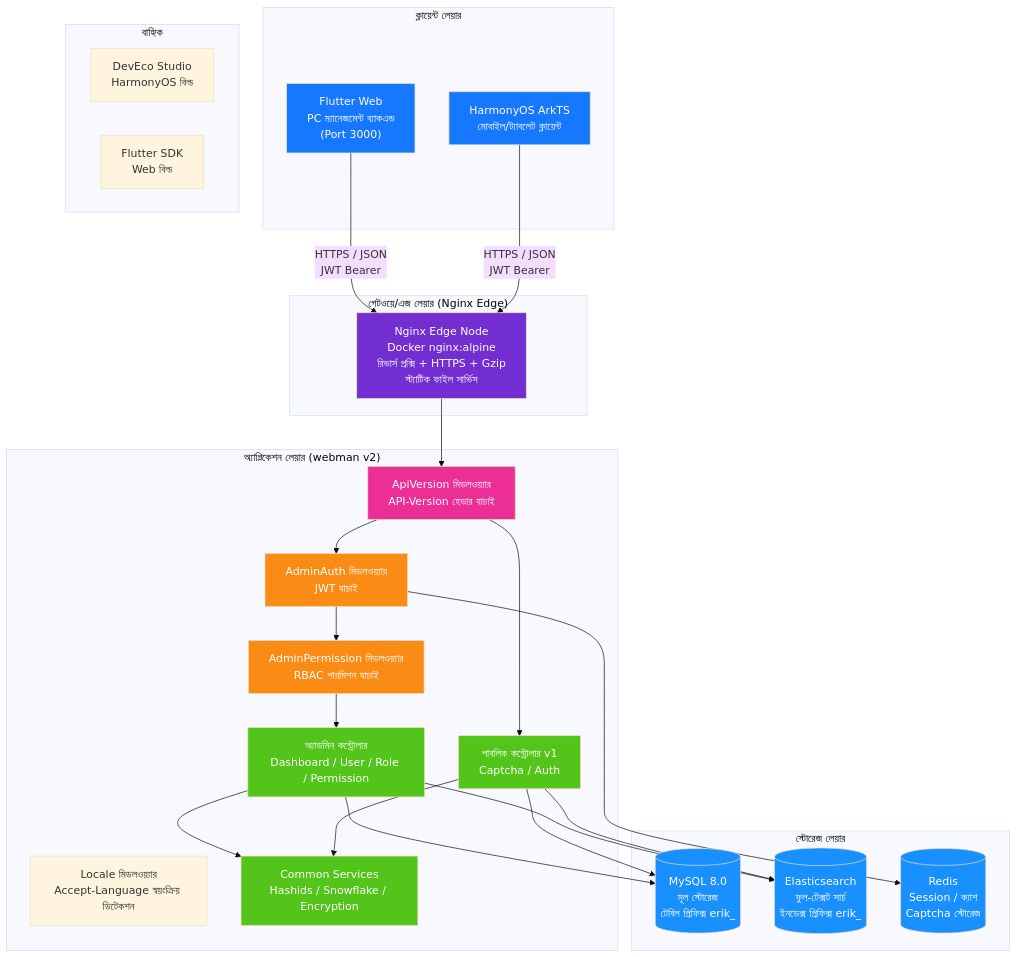
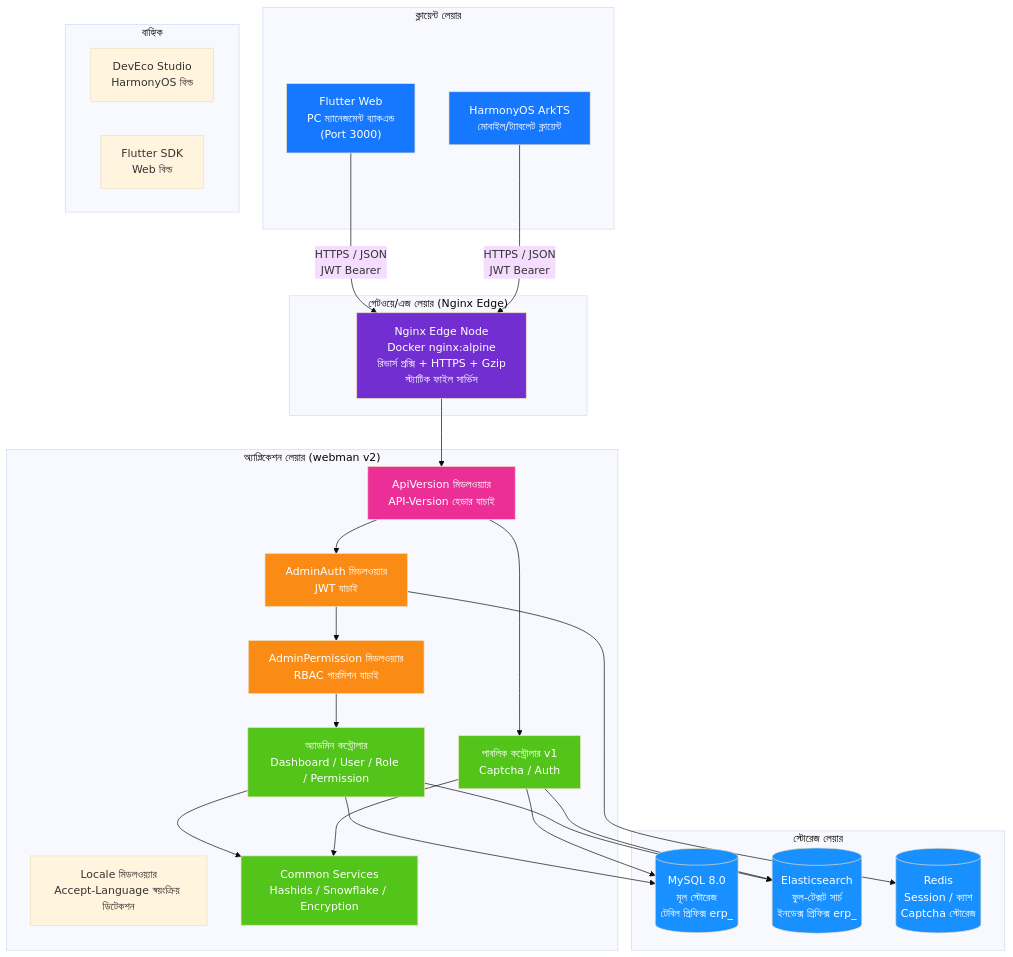
One commit to erikwang2013/erp-php changed the first of 20 diagrams in docs/i18n/bn/ARCHITECTURE.md. Above: the diagram before and after it, drawn with Mermaid (base theme). The commit also changed other lines of this file and 449 other files, not shown here.

First line of the commit message:
全局命名统一：数据库 erp、表前缀 erp_、Redis 前缀 erp:（原 erik_/open_admin）

````diff
--- a/docs/i18n/bn/ARCHITECTURE.md
+++ b/docs/i18n/bn/ARCHITECTURE.md
@@ -11,60 +11,60 @@
 ```mermaid
 flowchart TB
     subgraph "ক্লায়েন্ট লেয়ার"
         A1["Flutter Web<br/>PC ম্যানেজমেন্ট ব্যাকএন্ড<br/>(Port 3000)"]
         A2["HarmonyOS ArkTS<br/>মোবাইল/ট্যাবলেট ক্লায়েন্ট"]
     end
 
     subgraph "গেটওয়ে/এজ লেয়ার (Nginx Edge)"
         B1["Nginx Edge Node<br/>Docker nginx:alpine<br/>রিভার্স প্রক্সি + HTTPS + Gzip<br/>স্ট্যাটিক ফাইল সার্ভিস"]
     end
 
     subgraph "অ্যাপ্লিকেশন লেয়ার (webman v2)"
         C_LOC["Locale মিডলওয়্যার<br/>Accept-Language স্বয়ংক্রিয় ডিটেকশন"]
         C0["ApiVersion মিডলওয়্যার<br/>API-Version হেডার যাচাই"]
         C1["AdminAuth মিডলওয়্যার<br/>JWT যাচাই"]
         C2["AdminPermission মিডলওয়্যার<br/>RBAC পারমিশন যাচাই"]
         C3["অ্যাডমিন কন্ট্রোলার<br/>Dashboard / User / Role / Permission"]
         C4["পাবলিক কন্ট্রোলার v1<br/>Captcha / Auth"]
         C5["Common Services<br/>Hashids / Snowflake / Encryption"]
     end
 
     subgraph "স্টোরেজ লেয়ার"
-        D1[("MySQL 8.0<br/>মূল স্টোরেজ<br/>টেবিল প্রিফিক্স erik_")]
-        D2[("Elasticsearch<br/>ফুল-টেক্সট সার্চ<br/>ইনডেক্স প্রিফিক্স erik_")]
+        D1[("MySQL 8.0<br/>মূল স্টোরেজ<br/>টেবিল প্রিফিক্স erp_")]
+        D2[("Elasticsearch<br/>ফুল-টেক্সট সার্চ<br/>ইনডেক্স প্রিফিক্স erp_")]
         D3[("Redis<br/>Session / ক্যাশ<br/>Captcha স্টোরেজ")]
     end
 
     subgraph "বাহ্যিক"
         E1["DevEco Studio<br/>HarmonyOS বিল্ড"]
         E2["Flutter SDK<br/>Web বিল্ড"]
     end
 
     A1 -->|"HTTPS / JSON<br/>JWT Bearer"| B1
     A2 -->|"HTTPS / JSON<br/>JWT Bearer"| B1
     B1 --> C0
     C0 --> C1
     C1 --> C2
     C2 --> C3
     C0 --> C4
     C3 --> C5
     C4 --> C5
     C3 --> D1
     C4 --> D1
     C3 --> D2
     C4 --> D2
     C1 --> D3
 
     style A1 fill:#1677FF,color:#fff
     style A2 fill:#1677FF,color:#fff
     style B1 fill:#722ED1,color:#fff
     style C0 fill:#EB2F96,color:#fff
     style C1 fill:#FA8C16,color:#fff
     style C2 fill:#FA8C16,color:#fff
     style C3 fill:#52C41A,color:#fff
     style C4 fill:#52C41A,color:#fff
     style C5 fill:#52C41A,color:#fff
     style D1 fill:#1890FF,color:#fff
     style D2 fill:#1890FF,color:#fff
     style D3 fill:#1890FF,color:#fff
 ```
````
